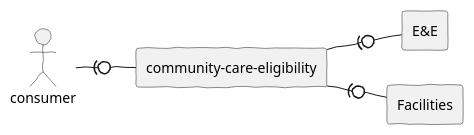
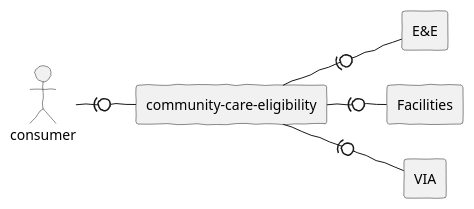
One commit to department-of-veterans-affairs/health-apis-community-care-eligibility changed the diagram in src/plantuml/apps.puml. Above: the diagram before and after it, drawn with PlantUML. The commit also changed 2 other files, not shown here.

Commit message:
Update plantuml diagrams.

```diff
--- a/src/plantuml/apps.puml
+++ b/src/plantuml/apps.puml
@@ -1,16 +1,18 @@
 @startuml
 
 skinparam handwritten true
 skinparam monochrome true
 left to right direction
 
 actor consumer
 rectangle "community-care-eligibility" as cce
 rectangle "E&E" as ee
 rectangle "Facilities" as fac
+rectangle "VIA" as via
 
 consumer -(0- cce
 cce -(0- ee
 cce -(0- fac
+cce -(0- via
 
 @enduml
```
